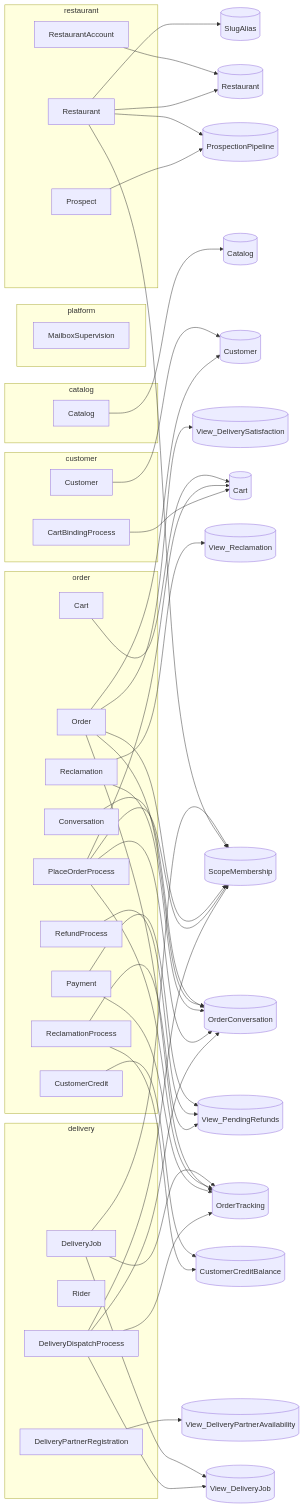
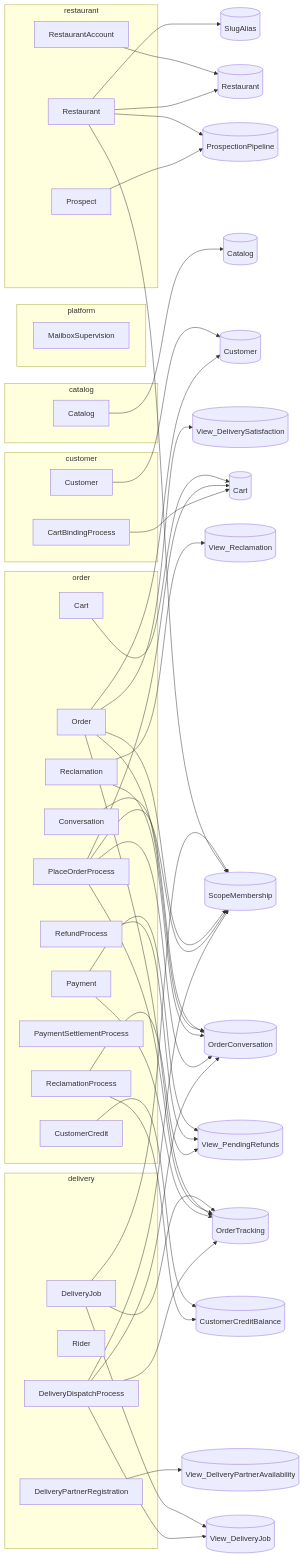
One commit to TheCaptainCompany/captain-food changed the second of 8 diagrams in specs/generated/c4.generated.md. Above: the diagram before and after it, drawn with Mermaid. The commit also changed other lines of this file and 75 other files, not shown here.

```diff
--- a/specs/generated/c4.generated.md
+++ b/specs/generated/c4.generated.md
@@ -194,6 +197,7 @@
     a_Reclamation["Reclamation"]
     a_CustomerCredit["CustomerCredit"]
     a_PlaceOrderProcess["PlaceOrderProcess"]
+    a_PaymentSettlementProcess["PaymentSettlementProcess"]
     a_RefundProcess["RefundProcess"]
     a_ReclamationProcess["ReclamationProcess"]
   end
```
